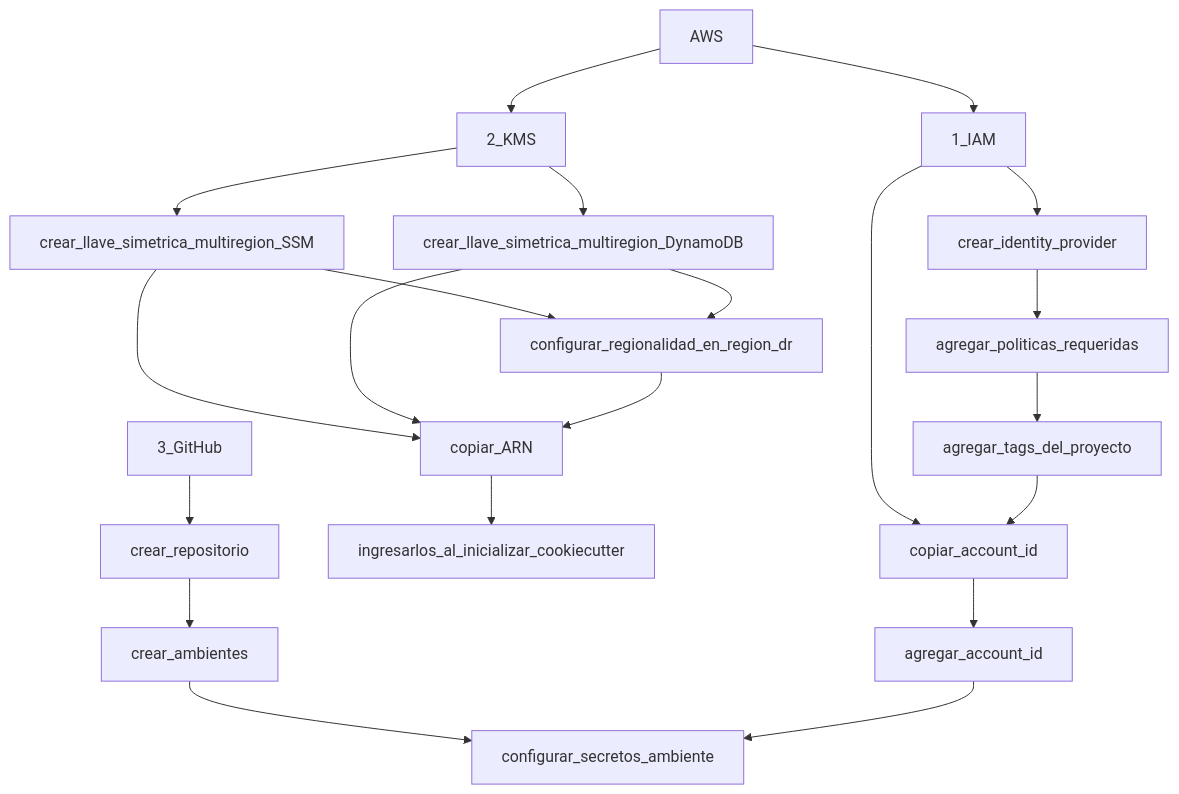
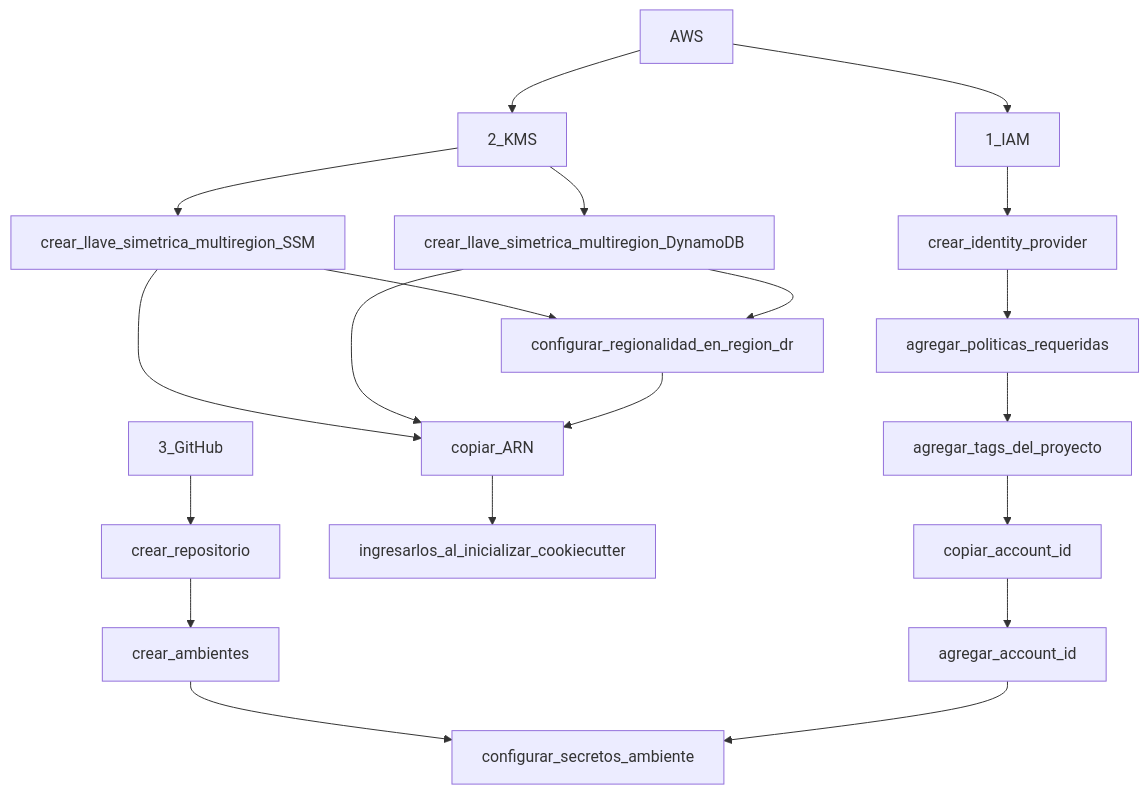
Before and after one commit to spsmexico/aws_sam_github_quickstart_template: the diagram in README.md, drawn with Mermaid. The commit also changed other lines of this file, not shown here.

````diff
--- a/README.md
+++ b/README.md
@@ -268,28 +267,27 @@
 ```mermaid
   graph TD;
 
 
       AWS-->1_IAM;
       1_IAM-->crear_identity_provider;
-      1_IAM-->copiar_account_id;
       crear_identity_provider-->agregar_politicas_requeridas;
       agregar_politicas_requeridas-->agregar_tags_del_proyecto;
       agregar_tags_del_proyecto-->copiar_account_id;
       copiar_account_id-->agregar_account_id;
 
       AWS-->2_KMS;
       2_KMS-->crear_llave_simetrica_multiregion_SSM;
       crear_llave_simetrica_multiregion_SSM-->copiar_ARN;
       2_KMS-->crear_llave_simetrica_multiregion_DynamoDB;
       crear_llave_simetrica_multiregion_DynamoDB-->copiar_ARN;
       crear_llave_simetrica_multiregion_SSM-->configurar_regionalidad_en_region_dr;
       crear_llave_simetrica_multiregion_DynamoDB-->configurar_regionalidad_en_region_dr;
       configurar_regionalidad_en_region_dr-->copiar_ARN;
       copiar_ARN-->ingresarlos_al_inicializar_cookiecutter;    
 
       3_GitHub-->crear_repositorio;
       crear_repositorio-->crear_ambientes;
       crear_ambientes-->configurar_secretos_ambiente;
       agregar_account_id-->configurar_secretos_ambiente;
                 
 ```
````
